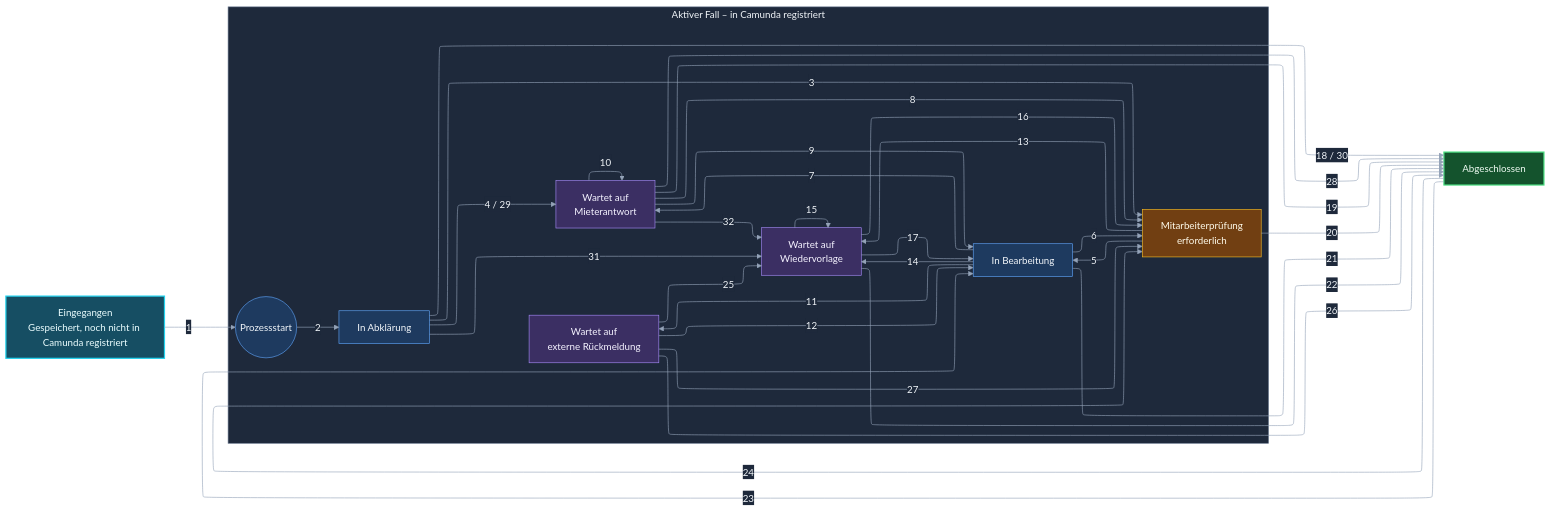
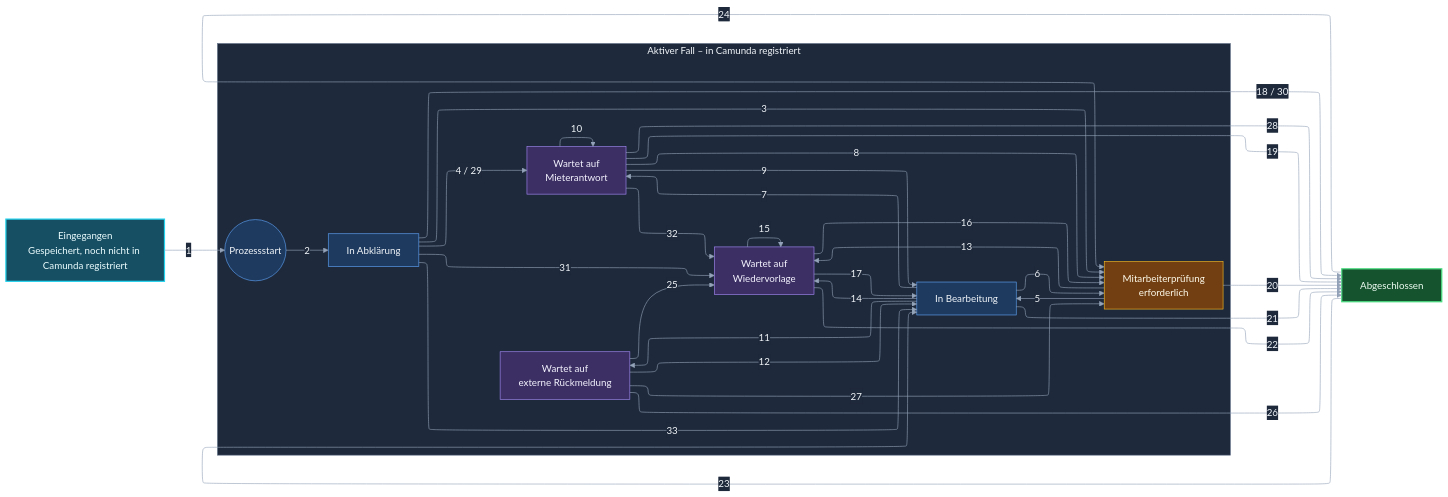
One commit to permarco/propertyflow changed the diagram in docs/specifications/fallverwaltung.md. Above: the diagram before and after it, drawn with Mermaid. The commit also changed other lines of this file and 5 other files, not shown here.

````diff
--- a/docs/specifications/fallverwaltung.md
+++ b/docs/specifications/fallverwaltung.md
@@ -96,61 +96,62 @@
 ```mermaid
 %%{init: {"flowchart":{"curve":"basis","nodeSpacing":42,"rankSpacing":55},"layout":"elk","theme": "base", "themeVariables": {"darkMode": true, "background": "#0f172a", "primaryColor": "#1e3a5f", "primaryTextColor": "#f1f5f9", "primaryBorderColor": "#60a5fa", "lineColor": "#94a3b8", "textColor": "#f1f5f9", "edgeLabelBackground": "#1e293b", "clusterBkg": "#1e293b", "clusterBorder": "#64748b"}}}%%
 flowchart LR
     E["Eingegangen<br/>Gespeichert, noch nicht in Camunda registriert"]
     subgraph Aktiv["Aktiver Fall – in Camunda registriert"]
         direction LR
         Start(("Prozessstart"))
         A["In Abklärung"]
         M["Wartet auf<br/>Mieterantwort"]
         X["Wartet auf<br/>externe Rückmeldung"]
         W["Wartet auf<br/>Wiedervorlage"]
         B["In Bearbeitung"]
         P["Mitarbeiterprüfung<br/>erforderlich"]
     end
     Z["Abgeschlossen"]
     E -->|"1"| Start
     Start -->|"2"| A
     A -->|"4 / 29"| M
     M -->|"9"| B
     W -->|"17"| B
     B -->|"6"| P
     A -->|"3"| P
     P -->|"5"| B
     B -->|"7"| M
     M -->|"8"| P
     M -->|"10"| M
     B -->|"11"| X
     X -->|"12"| B
     X -->|"25"| W
     X -->|"26"| Z
     X -->|"27"| P
     M -->|"28"| Z
     P -->|"13"| W
     B -->|"14"| W
     W -->|"15"| W
     W -->|"16"| P
     A -->|"18 / 30"| Z
     A -->|"31"| W
     M -->|"32"| W
+    A -->|"33"| B
     M -->|"19"| Z
     P -->|"20"| Z
     B -->|"21"| Z
     W -->|"22"| Z
     Z -->|"23"| B
     Z -->|"24"| P
     %% Unsichtbare Verbindungen richten die Wartezustände aus.
     A ~~~ X
     A ~~~ W
     X ~~~ B
     M ~~~ B
     W ~~~ B
     classDef processing fill:#1e3a5f,stroke:#60a5fa,color:#f1f5f9
     classDef waiting fill:#3b2f63,stroke:#a78bfa,color:#f5f3ff
     classDef review fill:#713f12,stroke:#fbbf24,color:#fffbeb
     class A,B,Start processing
     class M,X,W waiting
     class P review
     style E fill:#164e63,stroke:#22d3ee,color:#ecfeff,stroke-width:2px
     style Z fill:#14532d,stroke:#4ade80,color:#f0fdf4,stroke-width:2px
     style Aktiv fill:#1e293b,stroke:#64748b,color:#f1f5f9
 ```
````
